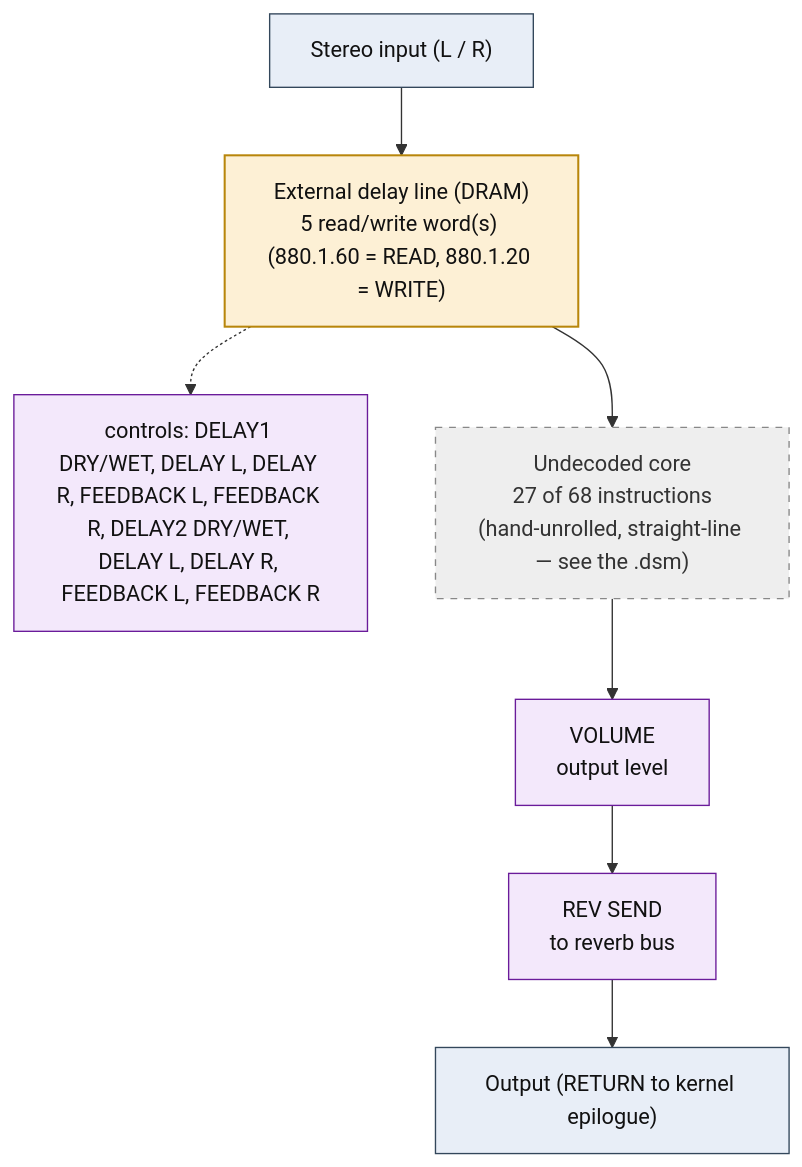
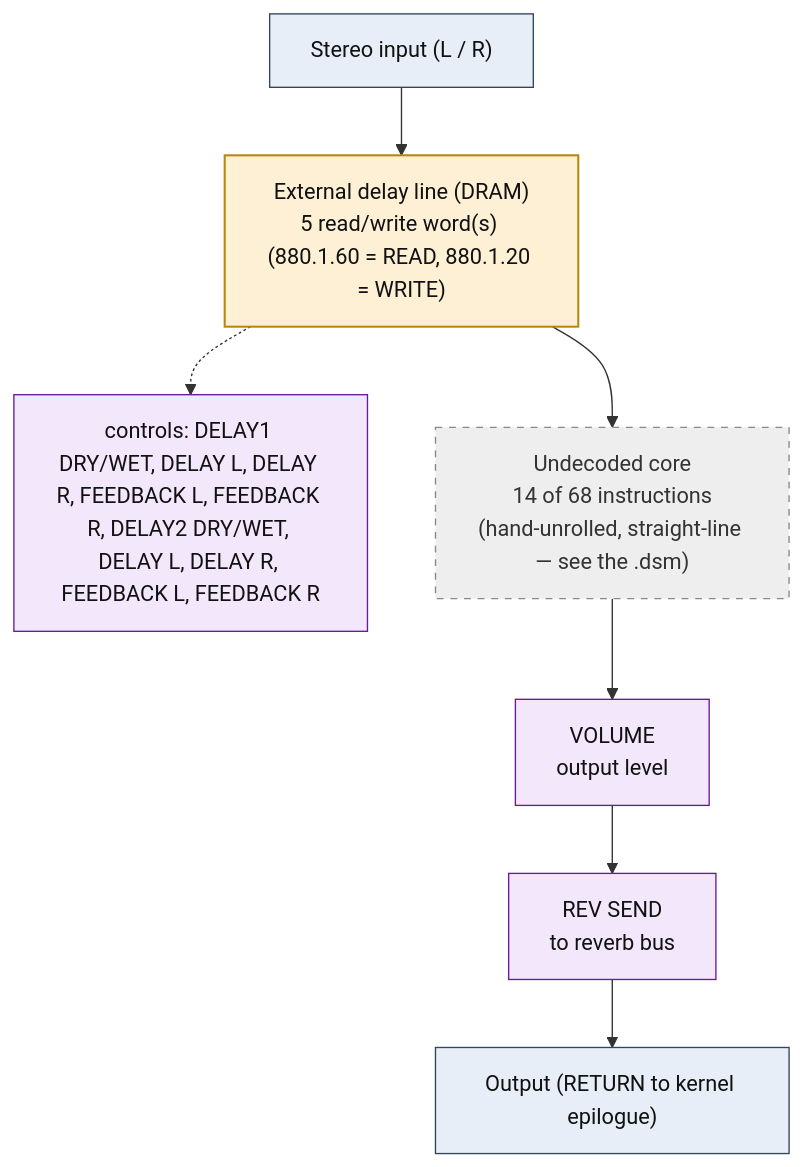
One commit to ArqueologiaDigital/kn5000-roms-disasm changed the diagram in dsp/flowcharts/prog65_s_delay_s_delay.md. Above: the diagram before and after it, drawn with Mermaid. The commit also changed other lines of this file and 78 other files, not shown here.

````diff
--- a/dsp/flowcharts/prog65_s_delay_s_delay.md
+++ b/dsp/flowcharts/prog65_s_delay_s_delay.md
@@ -12,27 +12,27 @@
 ```mermaid
 flowchart TD
     N0["Stereo input (L / R)"]
     N1["External delay line (DRAM)<br/>5 read/write word(s) (880.1.60 = READ, 880.1.20 = WRITE)"]
     N0 --> N1
     N2["controls: DELAY1 DRY/WET, DELAY L, DELAY R, FEEDBACK L, FEEDBACK R, DELAY2 DRY/WET, DELAY L, DELAY R, FEEDBACK L, FEEDBACK R"]
     N1 -.-> N2
-    N3["Undecoded core<br/>27 of 68 instructions<br/>(hand-unrolled, straight-line &mdash; see the .dsm)"]
+    N3["Undecoded core<br/>14 of 68 instructions<br/>(hand-unrolled, straight-line &mdash; see the .dsm)"]
     N1 --> N3
     N4["VOLUME<br/>output level"]
     N3 --> N4
     N5["REV SEND<br/>to reverb bus"]
     N4 --> N5
     N6["Output (RETURN to kernel epilogue)"]
     N5 --> N6
 
     classDef io fill:#e8eef7,stroke:#33475b,stroke-width:1px,color:#111;
     classDef proven fill:#d7f0d7,stroke:#2e7d32,stroke-width:2px,color:#111;
     classDef measured fill:#dbe9fb,stroke:#1565c0,stroke-width:1.5px,color:#111;
     classDef inferred fill:#fdf0d5,stroke:#b8860b,stroke-width:1.5px,color:#111;
     classDef open fill:#eeeeee,stroke:#888,stroke-width:1px,color:#333,stroke-dasharray:5 5;
     classDef ctrl fill:#f3e8fb,stroke:#6a1b9a,stroke-width:1px,color:#111;
     class N0,N6 io;
     class N1 inferred;
     class N2,N4,N5 ctrl;
     class N3 open;
 ```
````
